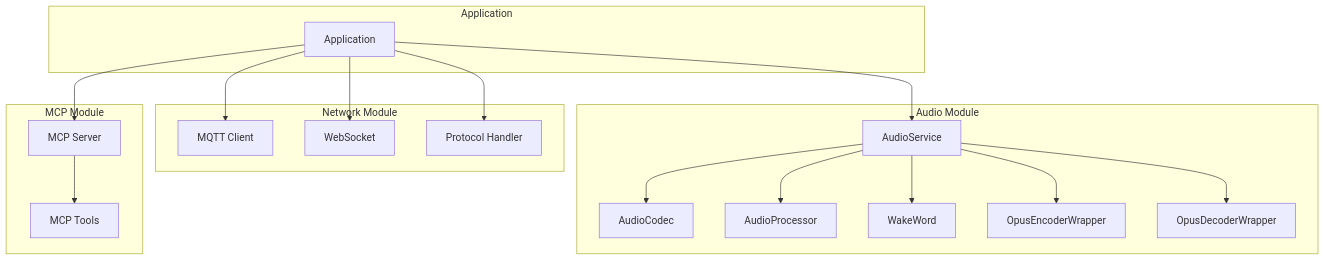
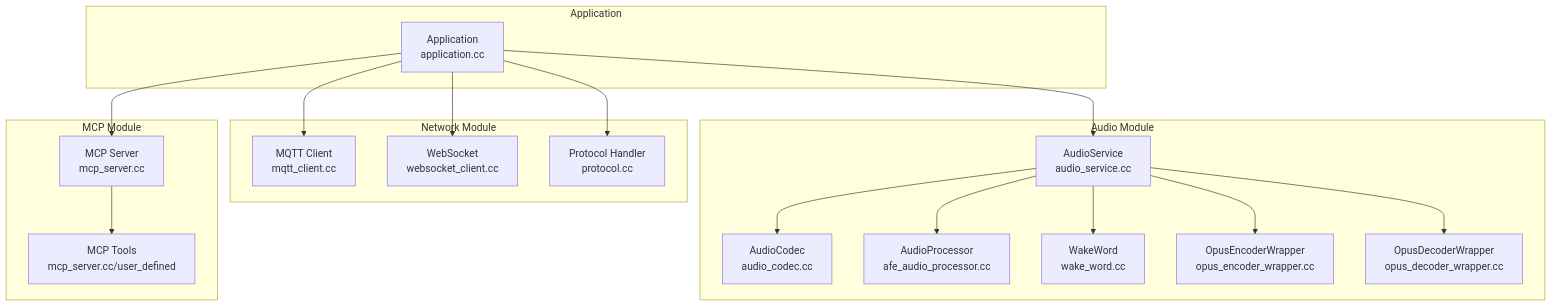
The second of 25 diagrams in main/main_readme.md (jihengzhang/xiaozhi-esp32), drawn with Mermaid before and after one commit. The commit also changed other lines of this file, not shown here.

Commit message:
updated high level diagram

````diff
--- a/main/main_readme.md
+++ b/main/main_readme.md
@@ -51,39 +51,39 @@
 ```mermaid
 graph TD
     subgraph Application
-        App[Application]
+        App[Application<br/>application.cc]
     end
 
     subgraph Audio Module
-        AudioService[AudioService]
-        AudioCodec[AudioCodec]
-        AudioProcessor[AudioProcessor]
-        WakeWord[WakeWord]
-        OpusEncoder[OpusEncoderWrapper]
-        OpusDecoder[OpusDecoderWrapper]
+        AudioService[AudioService<br/>audio_service.cc]
+        AudioCodec[AudioCodec<br/>audio_codec.cc]
+        AudioProcessor[AudioProcessor<br/>afe_audio_processor.cc]
+        WakeWord[WakeWord<br/>wake_word.cc]
+        OpusEncoder[OpusEncoderWrapper<br/>opus_encoder_wrapper.cc]
+        OpusDecoder[OpusDecoderWrapper<br/>opus_decoder_wrapper.cc]
         
         AudioService --> AudioCodec
         AudioService --> AudioProcessor
         AudioService --> WakeWord
         AudioService --> OpusEncoder
         AudioService --> OpusDecoder
     end
 
     subgraph Network Module
-        MQTT[MQTT Client]
-        WebSocket[WebSocket]
-        Protocol[Protocol Handler]
+        MQTT[MQTT Client<br/>mqtt_client.cc]
+        WebSocket[WebSocket<br/>websocket_client.cc]
+        Protocol[Protocol Handler<br/>protocol.cc]
     end
 
     subgraph MCP Module
-        MCP[MCP Server]
-        Tools[MCP Tools]
+        MCP[MCP Server<br/>mcp_server.cc]
+        Tools[MCP Tools<br/>mcp_server.cc/user_defined]
     end
 
     App --> AudioService
     App --> MQTT
     App --> WebSocket
     App --> Protocol
     App --> MCP
     MCP --> Tools
 ```
````
